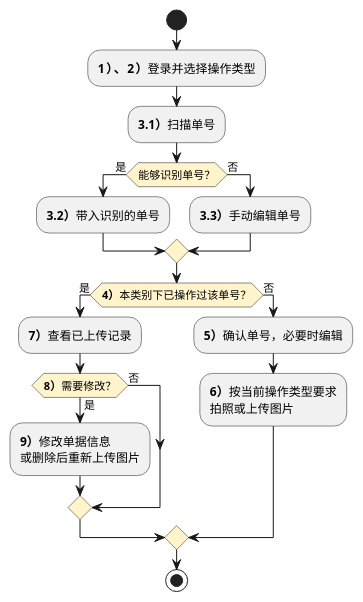
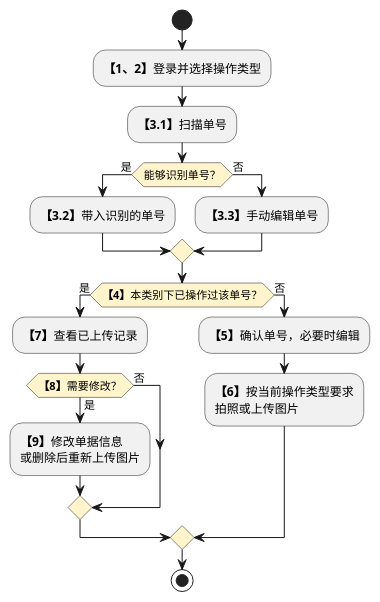
Before and after one commit to jack888332/projects-doc: the first of 2 diagrams in product-caliber/goldjet/segmented-prd/PRD.高捷物流系统一期.第019篇.用车-地面服务小程序.C027EE380C.md, drawn with PlantUML. The commit also changed 12 other files, not shown here.

Commit message:
完善DSL图

````diff
--- a/product-caliber/goldjet/segmented-prd/PRD.高捷物流系统一期.第019篇.用车-地面服务小程序.C027EE380C.md
+++ b/product-caliber/goldjet/segmented-prd/PRD.高捷物流系统一期.第019篇.用车-地面服务小程序.C027EE380C.md
@@ -55,24 +55,24 @@
 ```plantuml
 @startuml goldjet-019-document-upload
 skinparam activityDiamondBackgroundColor #FFF4CC
 start
-:**1）、2）**登录并选择操作类型;
-:**3.1）**扫描单号;
+:**【1、2】**登录并选择操作类型;
+:**【3.1】**扫描单号;
 if (能够识别单号？) then (是)
-  :**3.2）**带入识别的单号;
+  :**【3.2】**带入识别的单号;
 else (否)
-  :**3.3）**手动编辑单号;
+  :**【3.3】**手动编辑单号;
 endif
-if (**4）**本类别下已操作过该单号？) then (是)
-  :**7）**查看已上传记录;
-  if (**8）**需要修改？) then (是)
-    :**9）**修改单据信息\n或删除后重新上传图片;
+if (**【4】**本类别下已操作过该单号？) then (是)
+  :**【7】**查看已上传记录;
+  if (**【8】**需要修改？) then (是)
+    :**【9】**修改单据信息\n或删除后重新上传图片;
   else (否)
   endif
 else (否)
-  :**5）**确认单号，必要时编辑;
-  :**6）**按当前操作类型要求\n拍照或上传图片;
+  :**【5】**确认单号，必要时编辑;
+  :**【6】**按当前操作类型要求\n拍照或上传图片;
 endif
 stop
 @enduml
 ```
````
